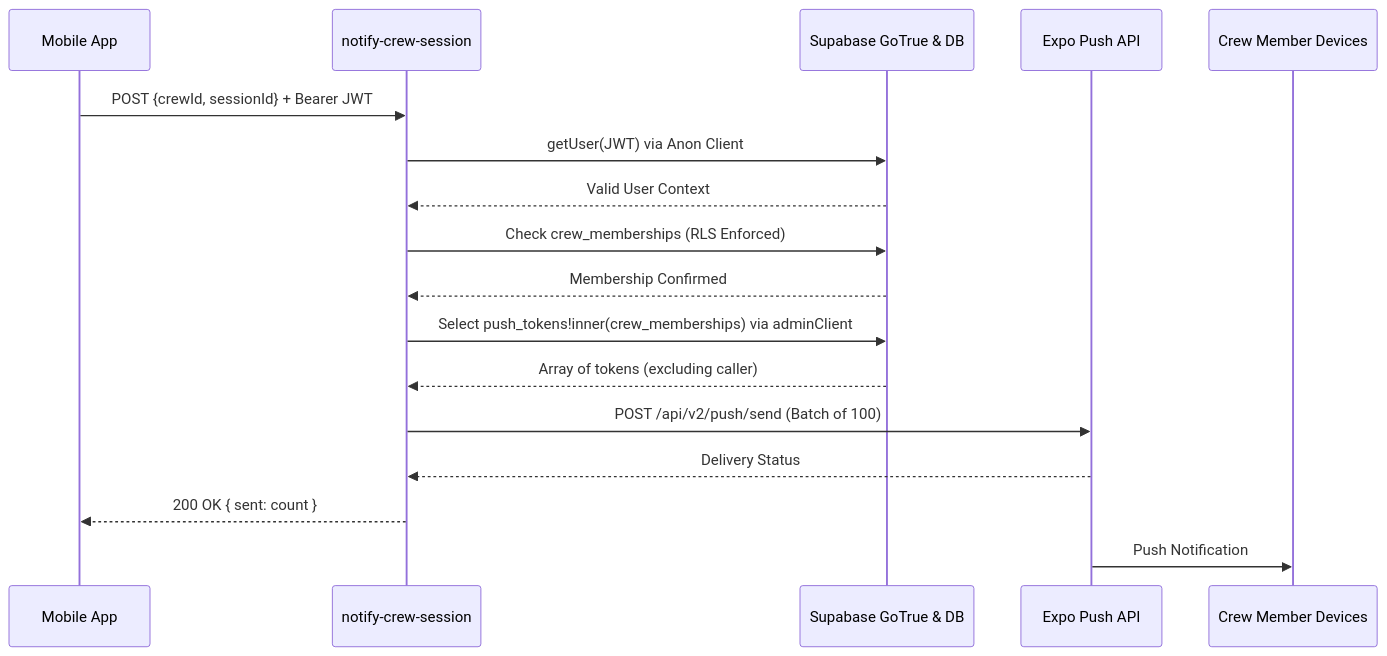
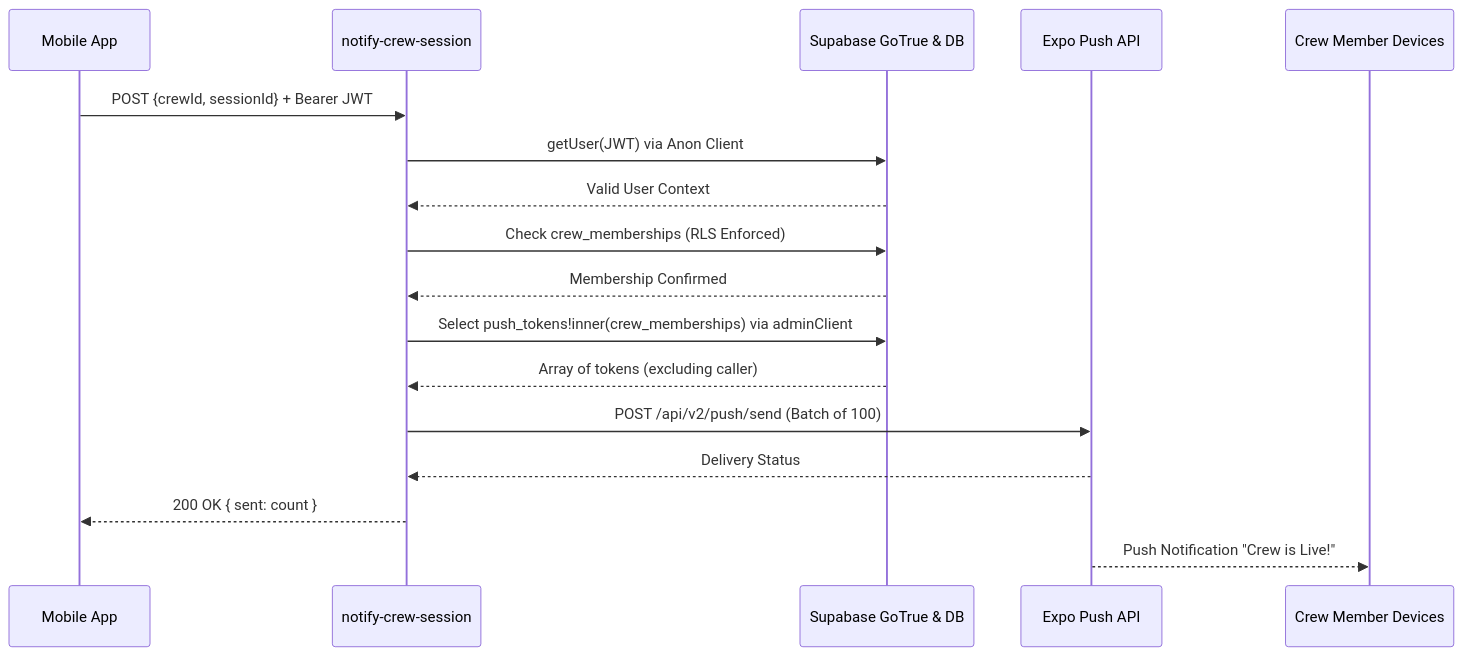
Diagram 16 of 24 in docs/SK8Lytz_App_Master_Reference.md (Neogleamz/SK8Lytz), drawn with Mermaid before and after one commit. The commit also changed other lines of this file and 7 other files, not shown here.

````diff
--- a/docs/SK8Lytz_App_Master_Reference.md
+++ b/docs/SK8Lytz_App_Master_Reference.md
@@ -2593,20 +2716,20 @@
 ```mermaid
 sequenceDiagram
     participant App as Mobile App
     participant Edge as notify-crew-session
     participant DB as Supabase GoTrue & DB
     participant Expo as Expo Push API
     participant Device as Crew Member Devices
 
     App->>Edge: POST {crewId, sessionId} + Bearer JWT
     Edge->>DB: getUser(JWT) via Anon Client
     DB-->>Edge: Valid User Context
     Edge->>DB: Check crew_memberships (RLS Enforced)
     DB-->>Edge: Membership Confirmed
     Edge->>DB: Select push_tokens!inner(crew_memberships) via adminClient
     DB-->>Edge: Array of tokens (excluding caller)
     Edge->>Expo: POST /api/v2/push/send (Batch of 100)
     Expo-->>Edge: Delivery Status
     Edge-->>App: 200 OK { sent: count }
-    Expo->>Device: Push Notification
+    Expo-->>Device: Push Notification "Crew is Live!"
 ```
````
